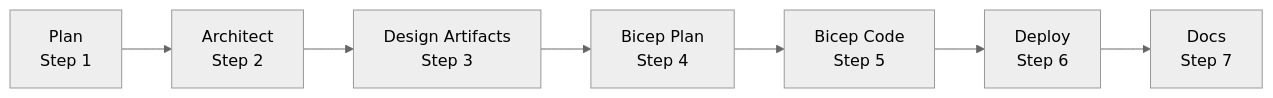
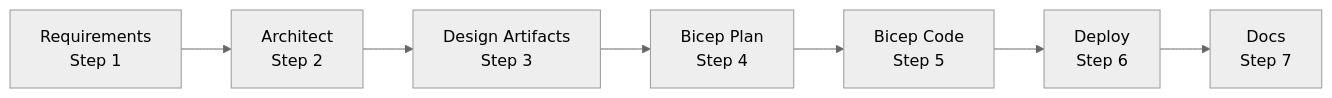
The diagram in .github/copilot-instructions.md (jonathan-vella/azure-agentic-infraops-workshop), drawn with Mermaid before and after one commit. The commit also changed other lines of this file and 39 other files, not shown here.

````diff
--- a/.github/copilot-instructions.md
+++ b/.github/copilot-instructions.md
@@ -35,10 +35,10 @@
 ```mermaid
 %%{init: {'theme':'neutral'}}%%
 graph LR
-    P["Plan<br/>Step 1"] --> A[Architect<br/>Step 2]
+    R["Requirements<br/>Step 1"] --> A[Architect<br/>Step 2]
     A --> D["Design Artifacts<br/>Step 3"]
     D --> B[Bicep Plan<br/>Step 4]
     B --> I[Bicep Code<br/>Step 5]
     I --> DEP["Deploy<br/>Step 6"]
     DEP --> F["Docs<br/>Step 7"]
 ```
````
